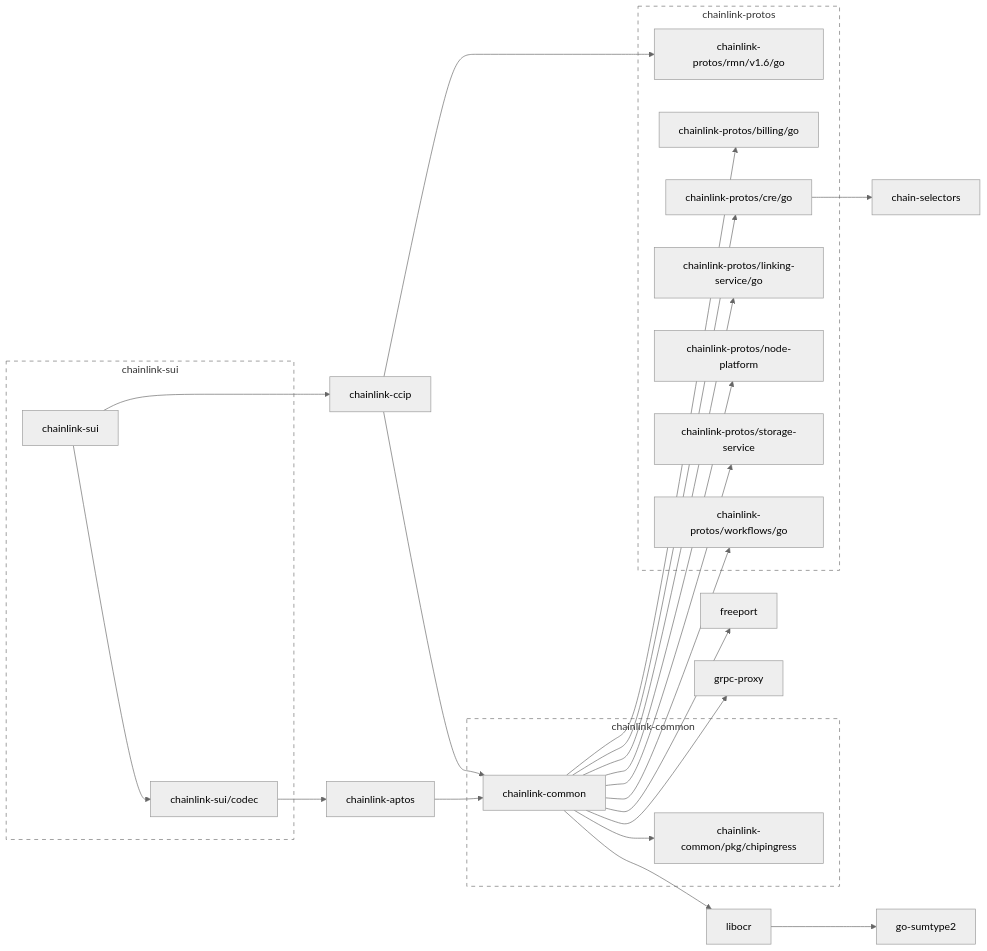
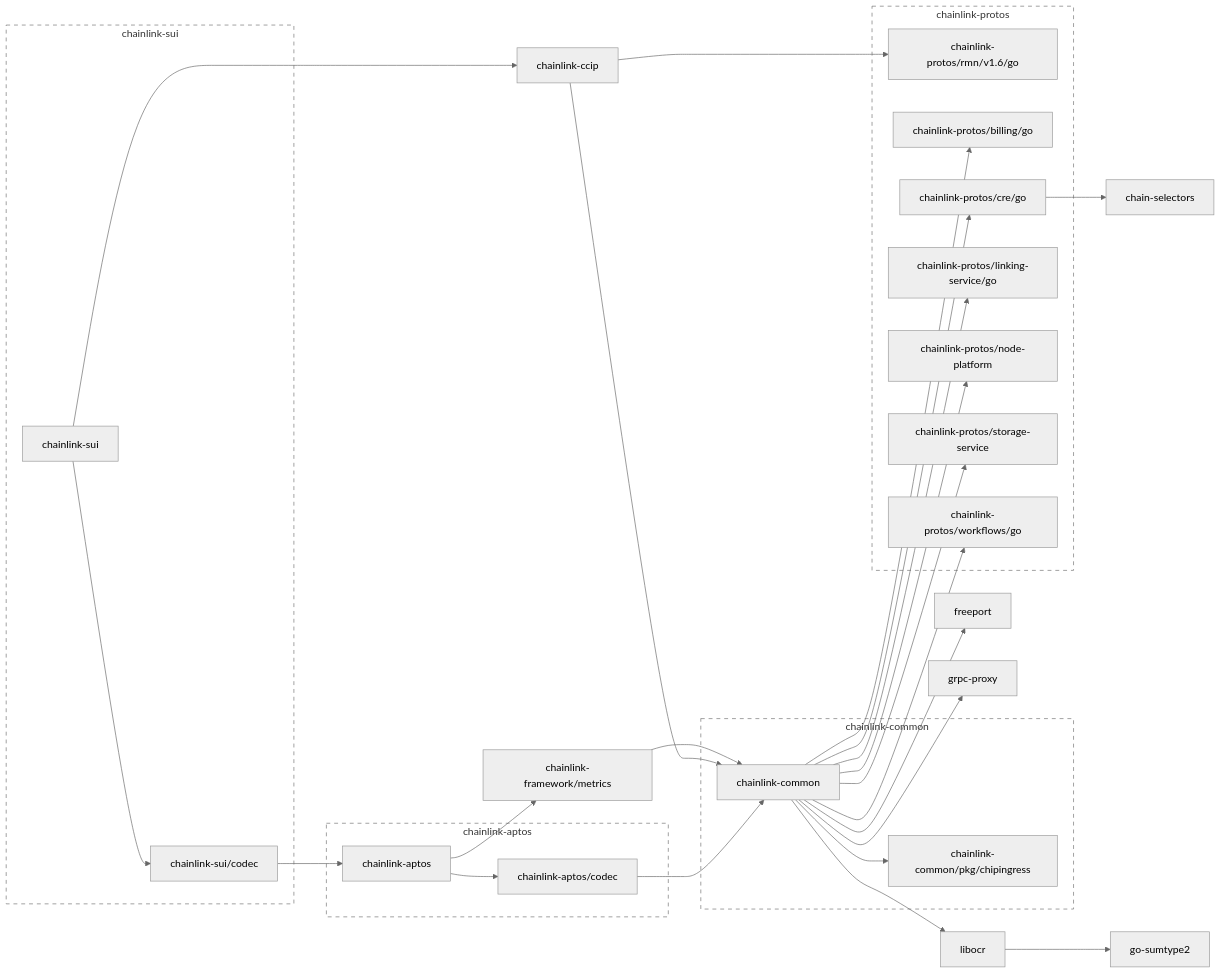
One commit to smartcontractkit/chainlink-sui changed the first of 2 diagrams in go.md. Above: the diagram before and after it, drawn with Mermaid (neutral theme). The commit also changed other lines of this file and 15 other files, not shown here.

````diff
--- a/go.md
+++ b/go.md
@@ -5,8 +5,11 @@
 
 	chain-selectors
 	click chain-selectors href "https://github.com/smartcontractkit/chain-selectors"
-	chainlink-aptos --> chainlink-common
+	chainlink-aptos --> chainlink-aptos/codec
+	chainlink-aptos --> chainlink-framework/metrics
 	click chainlink-aptos href "https://github.com/smartcontractkit/chainlink-aptos"
+	chainlink-aptos/codec --> chainlink-common
+	click chainlink-aptos/codec href "https://github.com/smartcontractkit/chainlink-aptos"
 	chainlink-ccip --> chainlink-common
 	chainlink-ccip --> chainlink-protos/rmn/v1.6/go
 	click chainlink-ccip href "https://github.com/smartcontractkit/chainlink-ccip"
@@ -23,6 +26,8 @@
 	click chainlink-common href "https://github.com/smartcontractkit/chainlink-common"
 	chainlink-common/pkg/chipingress
 	click chainlink-common/pkg/chipingress href "https://github.com/smartcontractkit/chainlink-common"
+	chainlink-framework/metrics --> chainlink-common
+	click chainlink-framework/metrics href "https://github.com/smartcontractkit/chainlink-framework"
 	chainlink-protos/billing/go
 	click chainlink-protos/billing/go href "https://github.com/smartcontractkit/chainlink-protos"
 	chainlink-protos/cre/go --> chain-selectors
@@ -51,6 +56,12 @@
 	libocr --> go-sumtype2
 	click libocr href "https://github.com/smartcontractkit/libocr"
 
+	subgraph chainlink-aptos-repo[chainlink-aptos]
+		 chainlink-aptos
+		 chainlink-aptos/codec
+	end
+	click chainlink-aptos-repo href "https://github.com/smartcontractkit/chainlink-aptos"
+
 	subgraph chainlink-common-repo[chainlink-common]
 		 chainlink-common
 		 chainlink-common/pkg/chipingress
@@ -75,5 +86,5 @@
 	click chainlink-sui-repo href "https://github.com/smartcontractkit/chainlink-sui"
 
 	classDef outline stroke-dasharray:6,fill:none;
-	class chainlink-common-repo,chainlink-protos-repo,chainlink-sui-repo outline
+	class chainlink-aptos-repo,chainlink-common-repo,chainlink-protos-repo,chainlink-sui-repo outline
 ```
````
